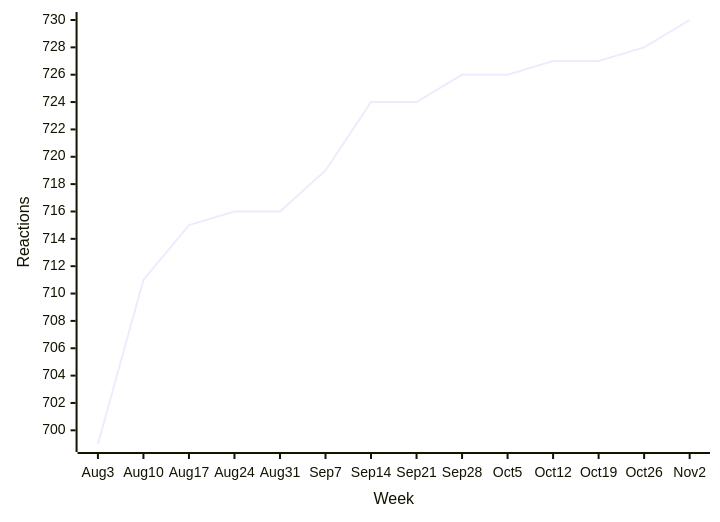
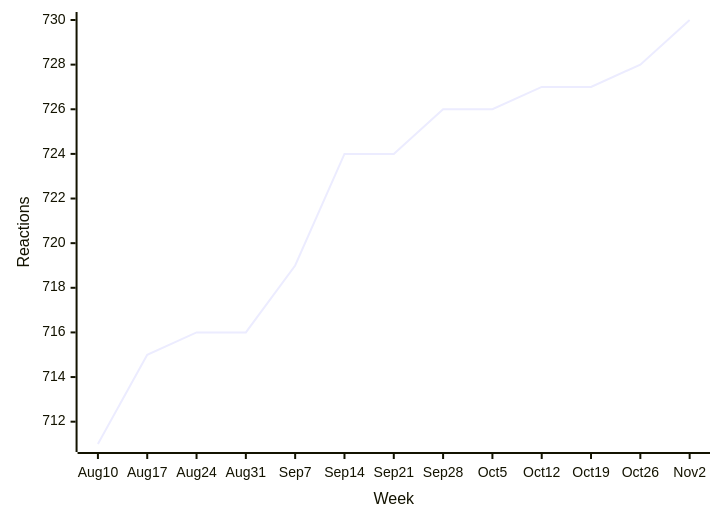
The first of 40 diagrams in README.md (loic-sharma/github-insights), drawn with Mermaid before and after one commit. The commit also changed other lines of this file and 3 other files, not shown here.

````diff
--- a/README.md
+++ b/README.md
@@ -324,6 +324,6 @@
   ```mermaid
   xychart-beta
-    x-axis "Week" [Aug 3, Aug 10, Aug 17, Aug 24, Aug 31, Sep 7, Sep 14, Sep 21, Sep 28, Oct 5, Oct 12, Oct 19, Oct 26, Nov 2]
+    x-axis "Week" [Aug 10, Aug 17, Aug 24, Aug 31, Sep 7, Sep 14, Sep 21, Sep 28, Oct 5, Oct 12, Oct 19, Oct 26, Nov 2]
     y-axis "Reactions"
-    line [699, 711, 715, 716, 716, 719, 724, 724, 726, 726, 727, 727, 728, 730]
+    line [711, 715, 716, 716, 719, 724, 724, 726, 726, 727, 727, 728, 730]
   ```
````
